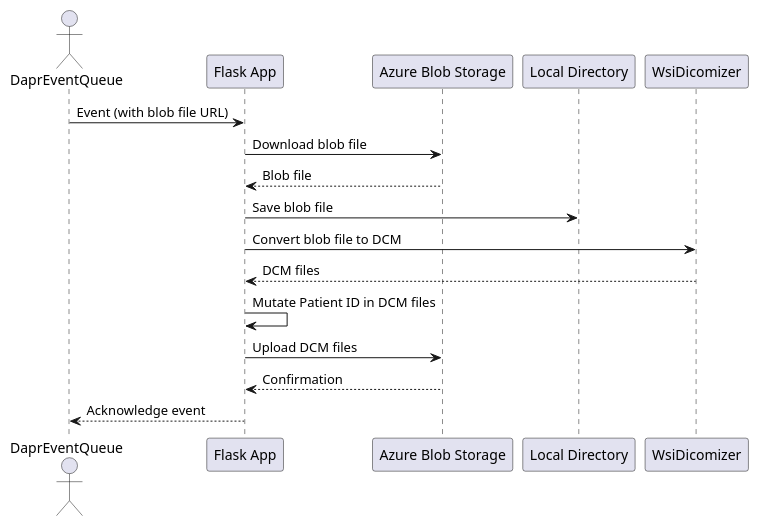
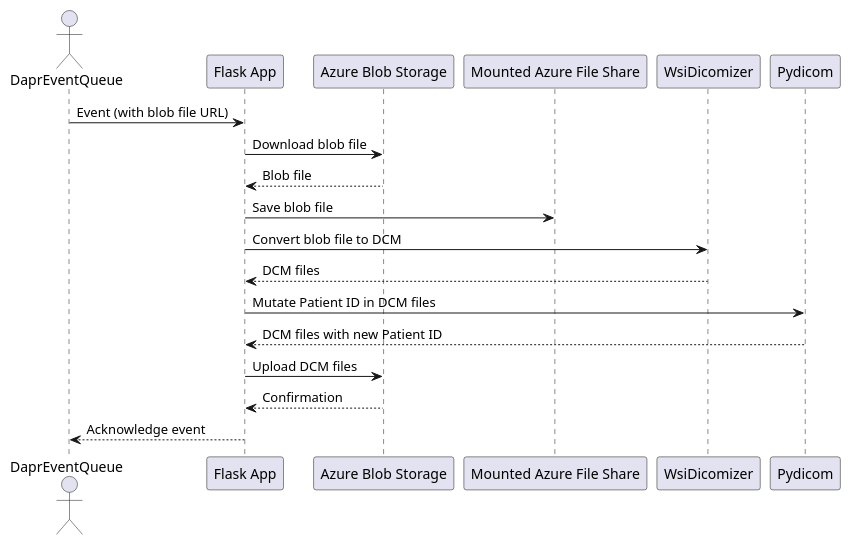
Before and after one commit to tomqwu/azure-pathology-etl: the diagram in README.md, drawn with PlantUML. The commit also changed other lines of this file and 2 other files, not shown here.

Commit message:
update diagram

````diff
--- a/README.md
+++ b/README.md
@@ -4,23 +4,22 @@
 ```plantuml
 @startuml
-
 actor DaprEventQueue
 participant "Flask App" as App
 participant "Azure Blob Storage" as Azure
-participant "Local Directory" as Local
+participant "Mounted Azure File Share" as Local
 participant "WsiDicomizer" as Wsi
+participant "Pydicom" as Pyd
 
 DaprEventQueue -> App: Event (with blob file URL)
 App -> Azure: Download blob file
 Azure --> App: Blob file
 App -> Local: Save blob file
 App -> Wsi: Convert blob file to DCM
 Wsi --> App: DCM files
-App -> App: Mutate Patient ID in DCM files
+App -> Pyd: Mutate Patient ID in DCM files
+Pyd --> App: DCM files with new Patient ID
 App -> Azure: Upload DCM files
 Azure --> App: Confirmation
 App --> DaprEventQueue: Acknowledge event
-
 @enduml
-
 ```
````
